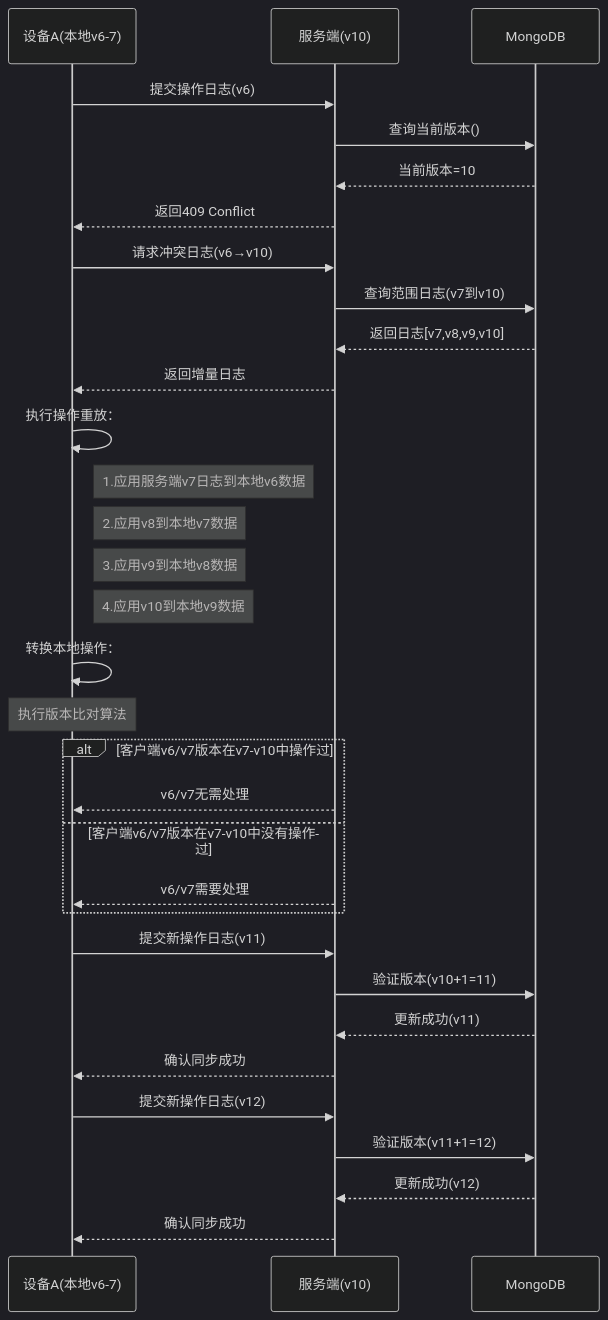
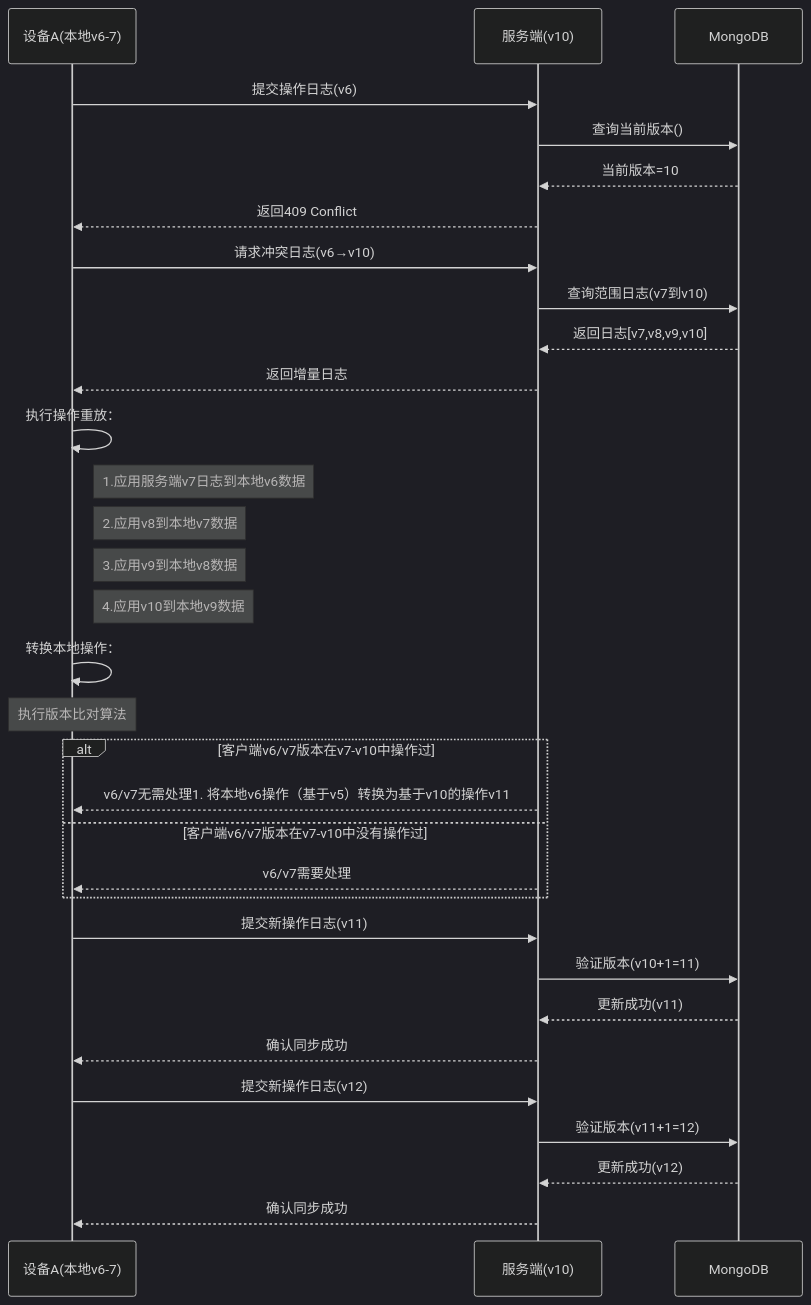
Before and after one commit to yingjianzh/iodraw-files: the diagram in all/未命名-26.md, drawn with Mermaid (dark theme).

Commit message:
2025-02-26 16:52:05 update

````diff
--- a/all/未命名-26.md
+++ b/all/未命名-26.md
@@ -1,46 +1,46 @@
 ```mermaid
 sequenceDiagram
     participant A as 设备A(本地v6-7)
     participant S as 服务端(v10)
     participant DB as MongoDB
 
     %% 初始同步尝试
     A->>S: 提交操作日志(v6)
     S->>DB: 查询当前版本()
     DB-->>S: 当前版本=10
     S-->>A: 返回409 Conflict
 
     %% 冲突解决阶段
     A->>S: 请求冲突日志(v6→v10)
     S->>DB: 查询范围日志(v7到v10)
     DB-->>S: 返回日志[v7,v8,v9,v10]
     S-->>A: 返回增量日志
 
 
     %% 本地数据重建
     A->>A: 执行操作重放：
     note right of A: 1.应用服务端v7日志到本地v6数据
     note right of A: 2.应用v8到本地v7数据
     note right of A: 3.应用v9到本地v8数据
     note right of A: 4.应用v10到本地v9数据
 
     %% 本地操作转换
     A->>A: 转换本地操作：
     Note over A: 执行版本比对算法
     alt 客户端v6/v7版本在v7-v10中操作过
-        S-->>A: v6/v7无需处理
+        S-->>A: v6/v7无需处理1. 将本地v6操作（基于v5）转换为基于v10的操作v11
     else 客户端v6/v7版本在v7-v10中没有操作过
         S-->>A: v6/v7需要处理
     end
 
     %% 重新提交
     A->>S: 提交新操作日志(v11)
     S->>DB: 验证版本(v10+1=11)
     DB-->>S: 更新成功(v11)
     S-->>A: 确认同步成功
 
     A->>S: 提交新操作日志(v12)
     S->>DB: 验证版本(v11+1=12)
     DB-->>S: 更新成功(v12)
     S-->>A: 确认同步成功
 ```
````
